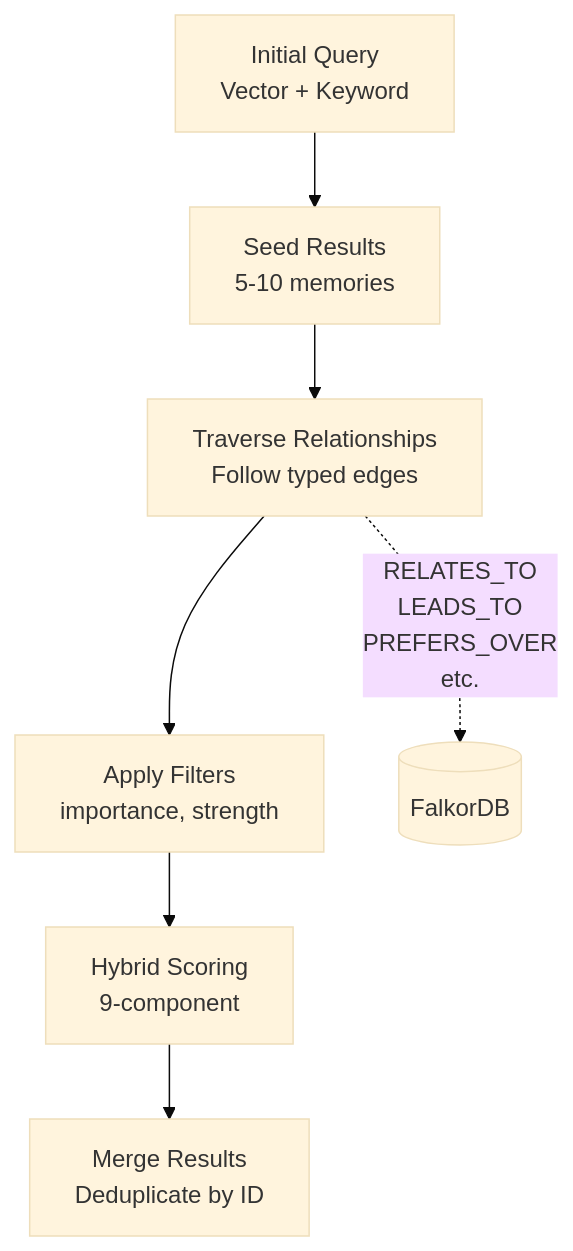
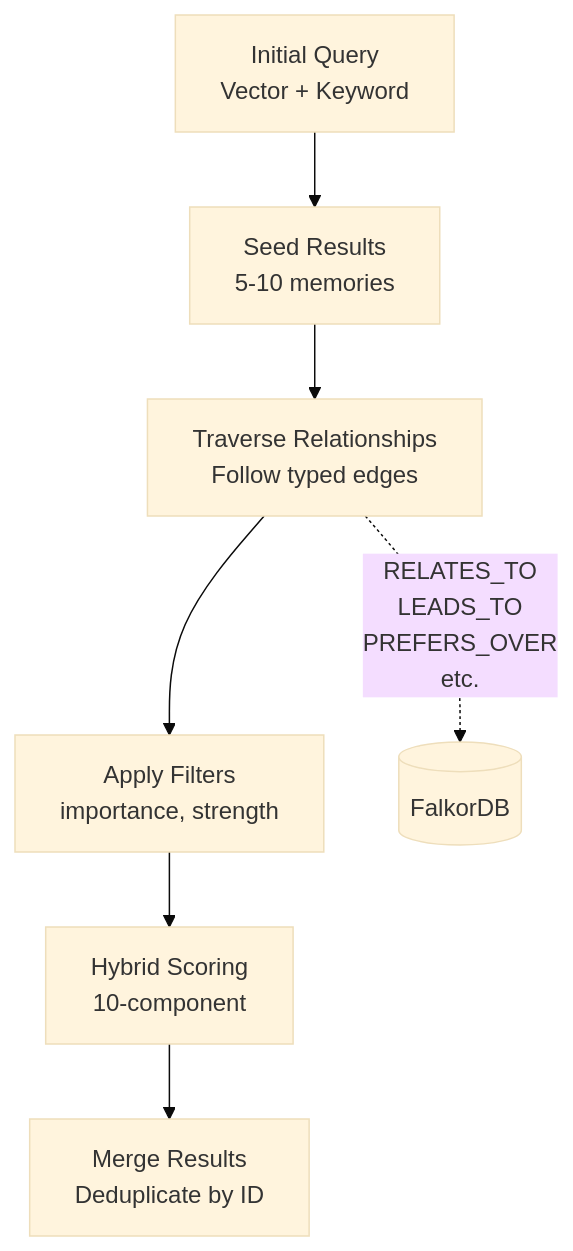
Before and after one commit to verygoodplugins/automem-website: the fourth of 4 diagrams in src/content/docs/docs/core-concepts/relationship-types.md, drawn with Mermaid (base theme). The commit also changed other lines of this file, not shown here.

````diff
--- a/src/content/docs/docs/core-concepts/relationship-types.md
+++ b/src/content/docs/docs/core-concepts/relationship-types.md
@@ -333,17 +333,17 @@
 ```mermaid
 graph TB
     Query["Initial Query<br/>Vector + Keyword"]
     Seeds["Seed Results<br/>5-10 memories"]
     Expand["Traverse Relationships<br/>Follow typed edges"]
     Filter["Apply Filters<br/>importance, strength"]
-    Score["Hybrid Scoring<br/>9-component"]
+    Score["Hybrid Scoring<br/>10-component"]
     Merge["Merge Results<br/>Deduplicate by ID"]
 
     Query-->Seeds
     Seeds-->Expand
     Expand-->Filter
     Filter-->Score
     Score-->Merge
 
     Expand-.->|"RELATES_TO<br/>LEADS_TO<br/>PREFERS_OVER<br/>etc."|Graph[(FalkorDB)]
 ```
````
